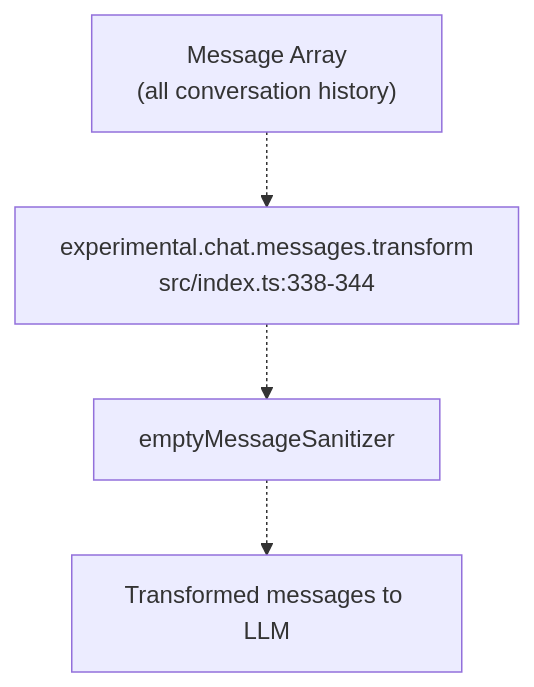
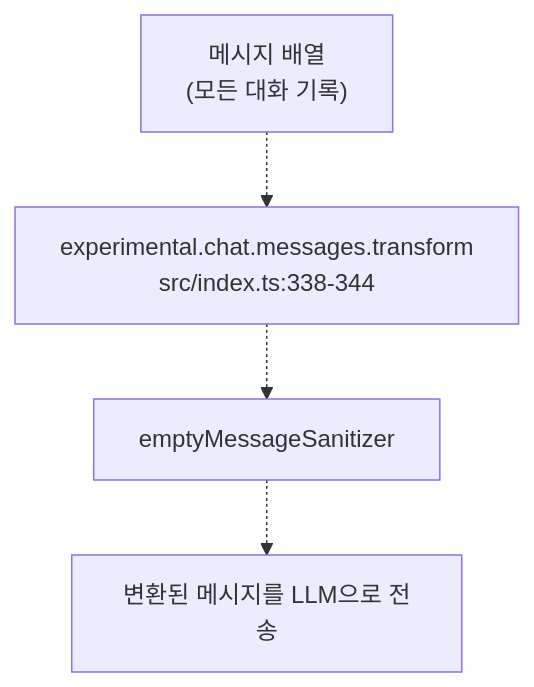
Before and after one commit to felipetruman/oh-my-opencode-docs: the seventh of 11 diagrams in docs/architecture/event-handling.md, drawn with Mermaid. The commit also changed other lines of this file and 76 other files, not shown here.

````diff
--- a/docs/architecture/event-handling.md
+++ b/docs/architecture/event-handling.md
@@ -534,12 +522,12 @@
 ```mermaid
 flowchart TD
 
-Messages["Message Array<br>(all conversation history)"]
+Messages["메시지 배열<br>(모든 대화 기록)"]
 Transform["experimental.chat.messages.transform<br>src/index.ts:338-344"]
 Sanitizer["emptyMessageSanitizer"]
-LLM["Transformed messages to LLM"]
+LLM["변환된 메시지를 LLM으로 전송"]
 
 Messages -.-> Transform
 Transform -.-> Sanitizer
 Sanitizer -.-> LLM
 ```
````
